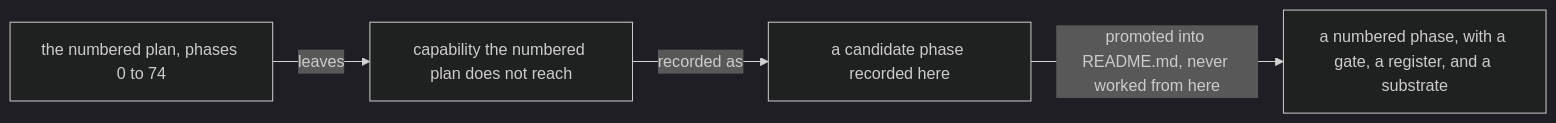
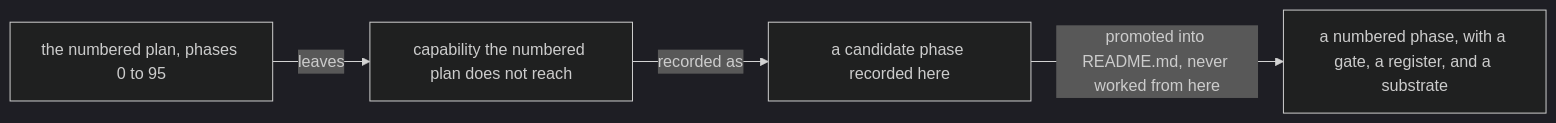
The diagram in DEVELOPMENT_PLAN/later_phases.md (Tuee22/amoebius), drawn with Mermaid (dark theme) before and after one commit. The commit also changed other lines of this file and 345 other files, not shown here.

````diff
--- a/DEVELOPMENT_PLAN/later_phases.md
+++ b/DEVELOPMENT_PLAN/later_phases.md
@@ -95,11 +95,11 @@
 ```mermaid
 flowchart LR
   %% register: orientation
-  n["the numbered plan, phases 0 to 74"]
+  n["the numbered plan, phases 0 to 95"]
   cap["capability the numbered plan does not reach"]
   cand["a candidate phase recorded here"]
   num["a numbered phase, with a gate, a register, and a substrate"]
   n -->|"leaves"| cap
   cap -->|"recorded as"| cand
   cand -->|"promoted into README.md, never worked from here"| num
 ```
````
